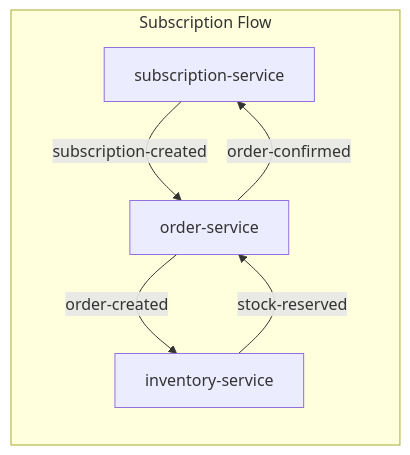
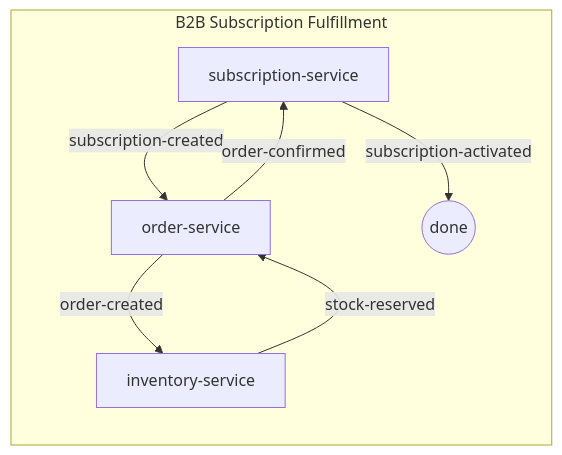
Before and after one commit to filozofira/spas: the second of 2 diagrams in examples/domains/README.md, drawn with Mermaid. The commit also changed other lines of this file and 1 other file, not shown here.

````diff
--- a/examples/domains/README.md
+++ b/examples/domains/README.md
@@ -99,9 +125,10 @@
 ```mermaid
 flowchart LR
-    subgraph Subscription Flow
-        A[subscription-service] -->|subscription-created| B[order-service]
-        B -->|order-created| C[inventory-service]
-        C -->|stock-reserved| B
-        B -->|order-confirmed| A
+    subgraph B2B Subscription Fulfillment
+        SS[subscription-service] -->|subscription-created| OS[order-service]
+        OS -->|order-created| IS[inventory-service]
+        IS -->|stock-reserved| OS
+        OS -->|order-confirmed| SS
+        SS -->|subscription-activated| END((done))
     end
 ```
````
